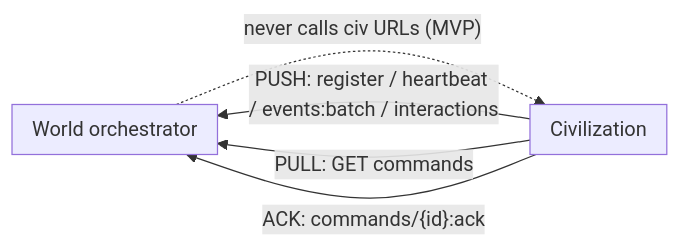
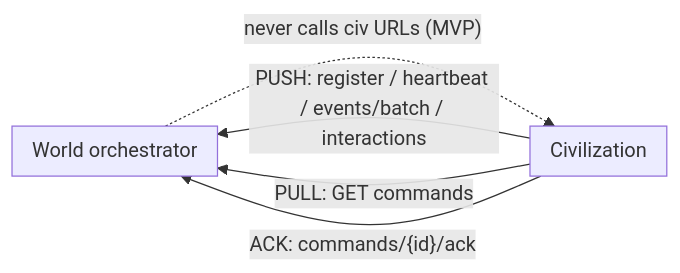
One commit to NicL9923/node-ai-civ-sandbox changed the first of 2 diagrams in docs/protocol.md. Above: the diagram before and after it, drawn with Mermaid. The commit also changed other lines of this file and 24 other files, not shown here.

````diff
--- a/docs/protocol.md
+++ b/docs/protocol.md
@@ -34,11 +34,11 @@
 ```mermaid
 flowchart LR
   subgraph Civ[Civilization]
   end
   subgraph World[World orchestrator]
   end
-  Civ -- "PUSH: register / heartbeat / events:batch / interactions" --> World
+  Civ -- "PUSH: register / heartbeat / events/batch / interactions" --> World
   Civ -- "PULL: GET commands" --> World
-  Civ -- "ACK: commands/{id}:ack" --> World
+  Civ -- "ACK: commands/{id}/ack" --> World
   World -. "never calls civ URLs (MVP)" .-> Civ
 ```
````
